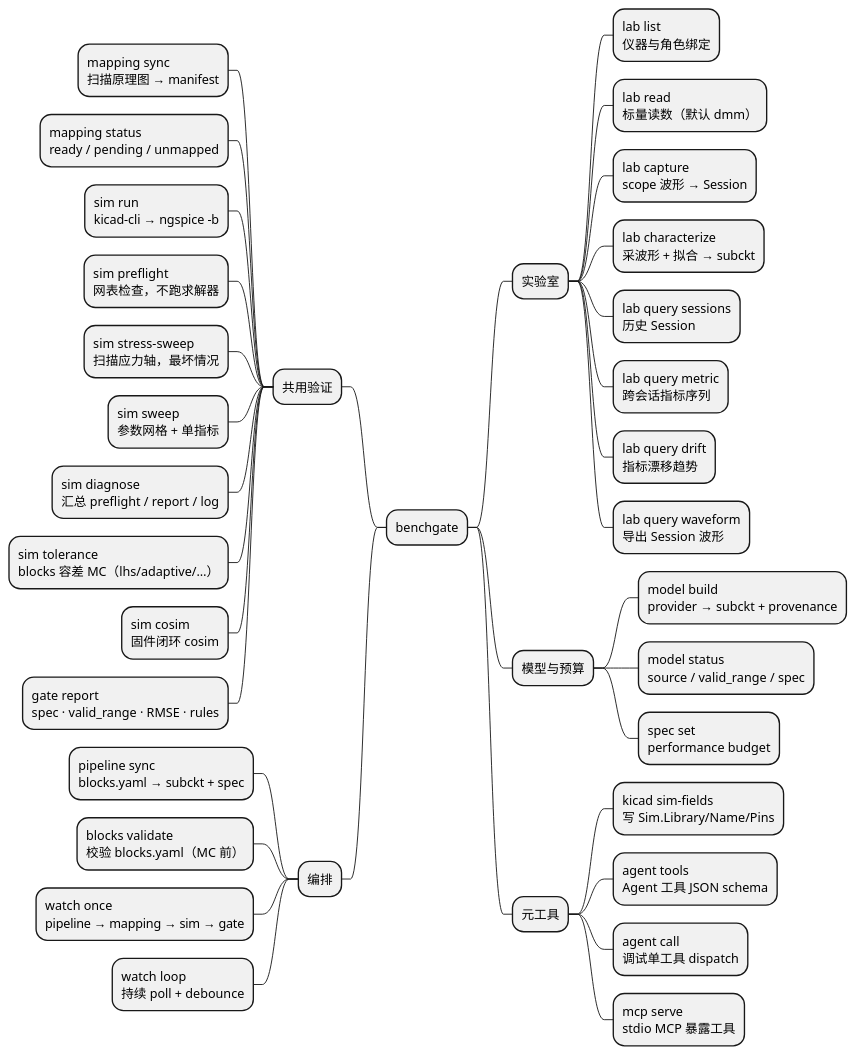
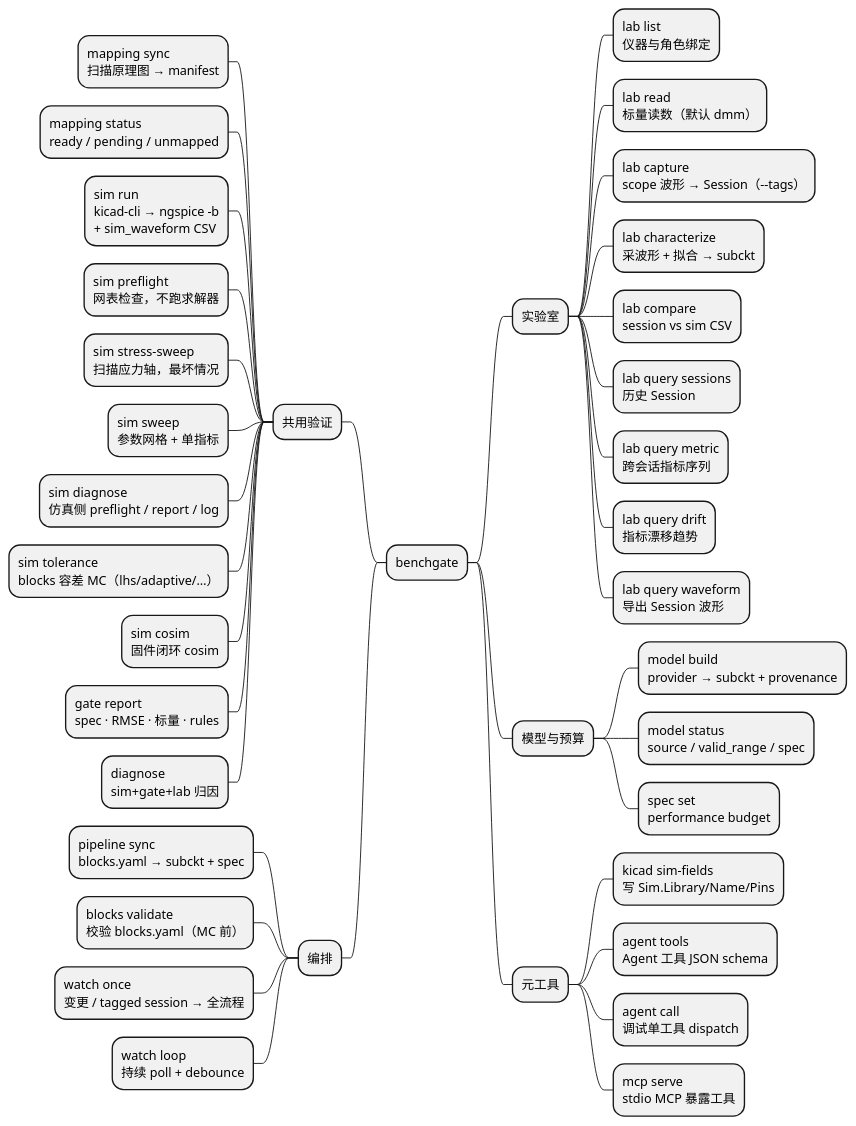
One commit to zhang1career/benchgate changed the diagram in docs/diagrams/command-tree.puml. Above: the diagram before and after it, drawn with PlantUML. The commit also changed 28 other files, not shown here.

```diff
--- a/docs/diagrams/command-tree.puml
+++ b/docs/diagrams/command-tree.puml
@@ -1,45 +1,47 @@
 @startmindmap
 ' CLI 命令树（结构索引）
 ' 逐条说明见 docs/CLI_REFERENCE.md；默认串联见 command-flow.puml
 skinparam shadowing false
 skinparam monochrome false
 
 * benchgate
 left side
 ** 共用验证
 *** mapping sync\n扫描原理图 → manifest
 *** mapping status\nready / pending / unmapped
-*** sim run\nkicad-cli → ngspice -b
+*** sim run\nkicad-cli → ngspice -b\n+ sim_waveform CSV
 *** sim preflight\n网表检查，不跑求解器
 *** sim stress-sweep\n扫描应力轴，最坏情况
 *** sim sweep\n参数网格 + 单指标
-*** sim diagnose\n汇总 preflight / report / log
+*** sim diagnose\n仿真侧 preflight / report / log
 *** sim tolerance\nblocks 容差 MC（lhs/adaptive/…）
 *** sim cosim\n固件闭环 cosim
-*** gate report\nspec · valid_range · RMSE · rules
+*** gate report\nspec · RMSE · 标量 · rules
+*** diagnose\nsim+gate+lab 归因
 ** 编排
 *** pipeline sync\nblocks.yaml → subckt + spec
 *** blocks validate\n校验 blocks.yaml（MC 前）
-*** watch once\npipeline → mapping → sim → gate
+*** watch once\n变更 / tagged session → 全流程
 *** watch loop\n持续 poll + debounce
 right side
 ** 实验室
 *** lab list\n仪器与角色绑定
 *** lab read\n标量读数（默认 dmm）
-*** lab capture\nscope 波形 → Session
+*** lab capture\nscope 波形 → Session（--tags）
 *** lab characterize\n采波形 + 拟合 → subckt
+*** lab compare\nsession vs sim CSV
 *** lab query sessions\n历史 Session
 *** lab query metric\n跨会话指标序列
 *** lab query drift\n指标漂移趋势
 *** lab query waveform\n导出 Session 波形
 ** 模型与预算
 *** model build\nprovider → subckt + provenance
 *** model status\nsource / valid_range / spec
 *** spec set\nperformance budget
 ** 元工具
 *** kicad sim-fields\n写 Sim.Library/Name/Pins
 *** agent tools\nAgent 工具 JSON schema
 *** agent call\n调试单工具 dispatch
 *** mcp serve\nstdio MCP 暴露工具
 
 @endmindmap
```
